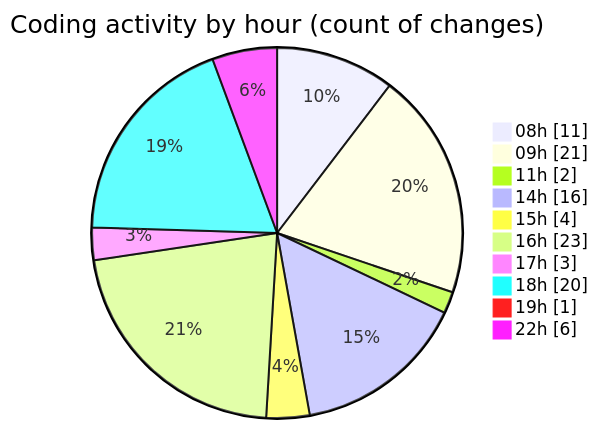
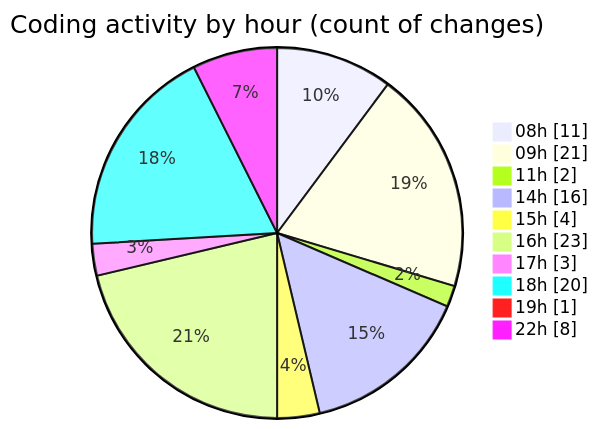
The second of 2 diagrams in 2025-10-13/eventscop-frontend-guide__workspace_/README.md (julien-gomy/code-tracking), drawn with Mermaid before and after one commit. The commit also changed other lines of this file and 1 other file, not shown here.

````diff
--- a/2025-10-13/eventscop-frontend-guide__workspace_/README.md
+++ b/2025-10-13/eventscop-frontend-guide__workspace_/README.md
@@ -65,14 +66,14 @@
 ```mermaid
 pie showData
 title Coding activity by hour (count of changes)
 "08h" : 11
 "09h" : 21
 "11h" : 2
 "14h" : 16
 "15h" : 4
 "16h" : 23
 "17h" : 3
 "18h" : 20
 "19h" : 1
-"22h" : 6
+"22h" : 8
 ```
````
